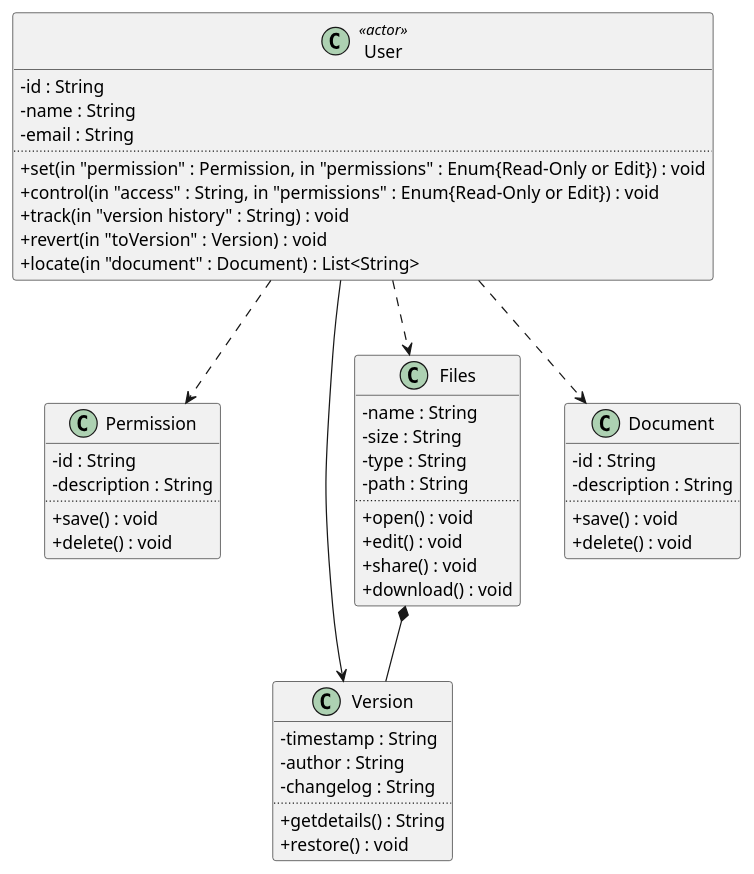
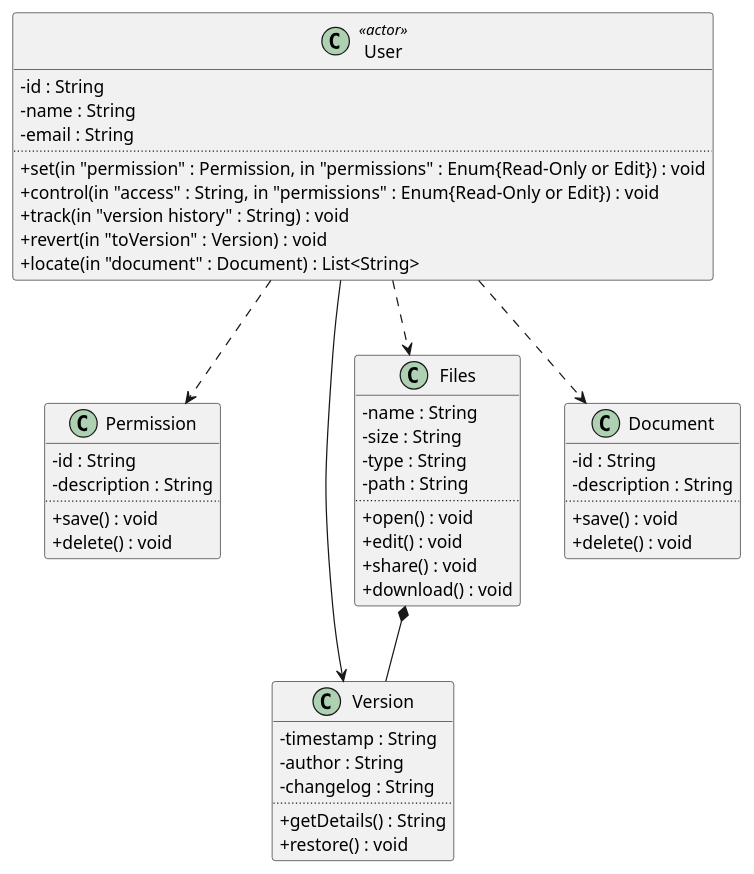
The diagram in user_stories/golden_puml/class_test_Cloud_Storage_Advanced.puml (qamaruddin-qureshi/fyp-uml-diagram-generator), drawn with PlantUML before and after one commit. The commit also changed 6 other files, not shown here.

```diff
--- a/user_stories/golden_puml/class_test_Cloud_Storage_Advanced.puml
+++ b/user_stories/golden_puml/class_test_Cloud_Storage_Advanced.puml
@@ -1,52 +1,52 @@
 @startuml
 skinparam classAttributeIconSize 0
 class "User" as User <<actor>> {
   -id : String
   -name : String
   -email : String
   ..
   +set(in "permission" : Permission, in "permissions" : Enum{Read-Only or Edit}) : void
   +control(in "access" : String, in "permissions" : Enum{Read-Only or Edit}) : void
   +track(in "version history" : String) : void
   +revert(in "toVersion" : Version) : void
   +locate(in "document" : Document) : List<String>
 }
 class "Permission" as Permission  {
   -id : String
   -description : String
   ..
   +save() : void
   +delete() : void
 }
 class "Version" as Version  {
   -timestamp : String
   -author : String
   -changelog : String
   ..
-  +getdetails() : String
+  +getDetails() : String
   +restore() : void
 }
 class "Files" as Files  {
   -name : String
   -size : String
   -type : String
   -path : String
   ..
   +open() : void
   +edit() : void
   +share() : void
   +download() : void
 }
 class "Document" as Document  {
   -id : String
   -description : String
   ..
   +save() : void
   +delete() : void
 }
 User ..> Permission
 Files *-- Version
 User ..> Files
 User --> Version
 User ..> Document
 @enduml
```
